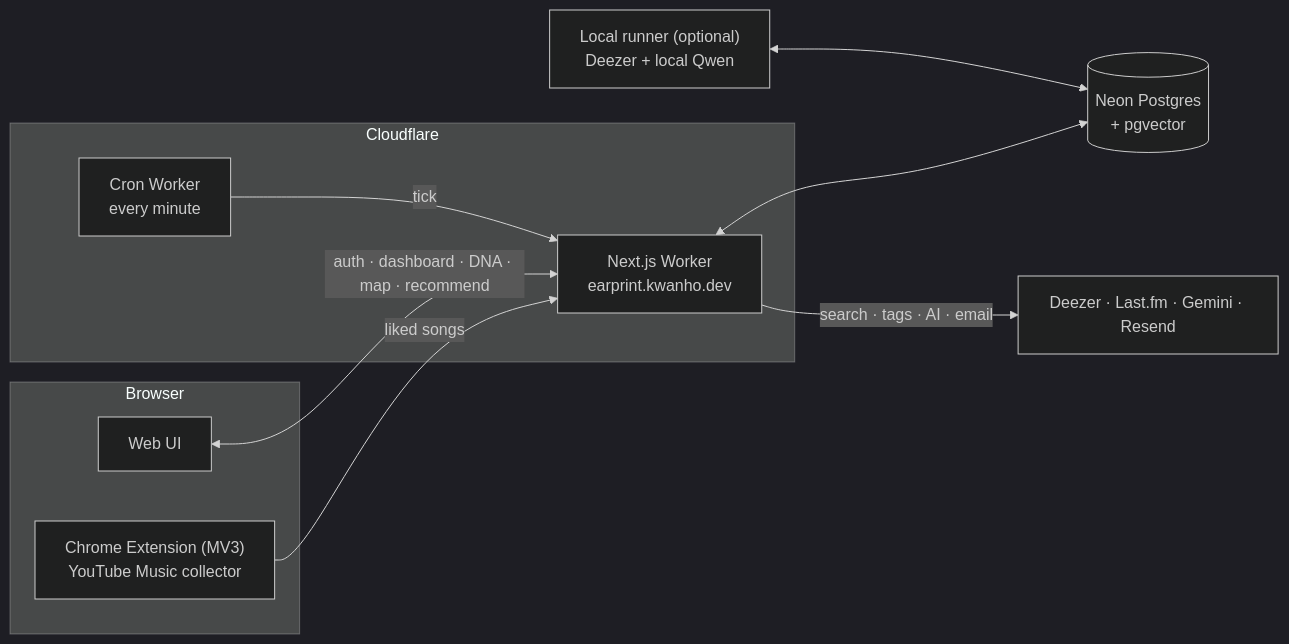
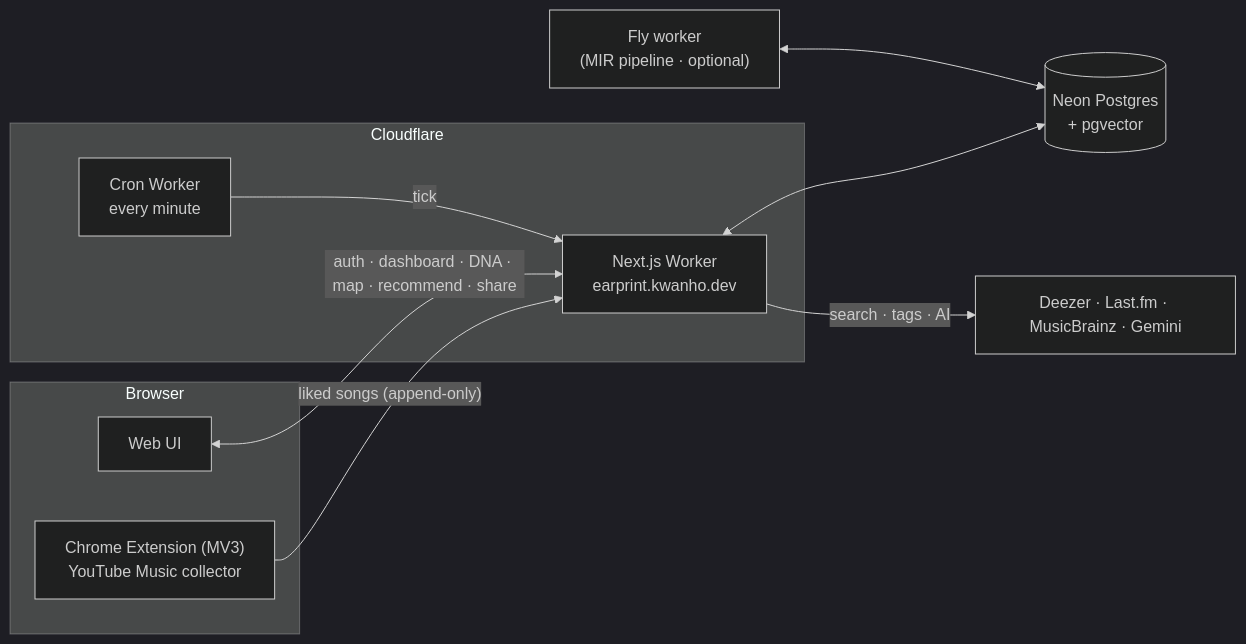
The first of 2 diagrams in README.md (KKWANH/earprint), drawn with Mermaid (dark theme) before and after one commit. The commit also changed other lines of this file and 7 other files, not shown here.

````diff
--- a/README.md
+++ b/README.md
@@ -71,20 +67,20 @@
 ```mermaid
 flowchart LR
   subgraph Browser
     EXT["Chrome Extension (MV3)<br/>YouTube Music collector"]
     UI["Web UI"]
   end
   subgraph Cloudflare
     WEB["Next.js Worker<br/>earprint.kwanho.dev"]
     CRON["Cron Worker<br/>every minute"]
   end
   DB[("Neon Postgres<br/>+ pgvector")]
-  LOCAL["Local runner (optional)<br/>Deezer + local Qwen"]
-  API["Deezer · Last.fm · Gemini · Resend"]
-  EXT -- "liked songs" --> WEB
-  UI <-- "auth · dashboard · DNA · map · recommend" --> WEB
+  FLY["Fly worker<br/>(MIR pipeline · optional)"]
+  API["Deezer · Last.fm · MusicBrainz · Gemini"]
+  EXT -- "liked songs (append-only)" --> WEB
+  UI <-- "auth · dashboard · DNA · map · recommend · share" --> WEB
   CRON -- "tick" --> WEB
   WEB <--> DB
-  LOCAL <--> DB
-  WEB -- "search · tags · AI · email" --> API
+  FLY <--> DB
+  WEB -- "search · tags · AI" --> API
 ```
````
